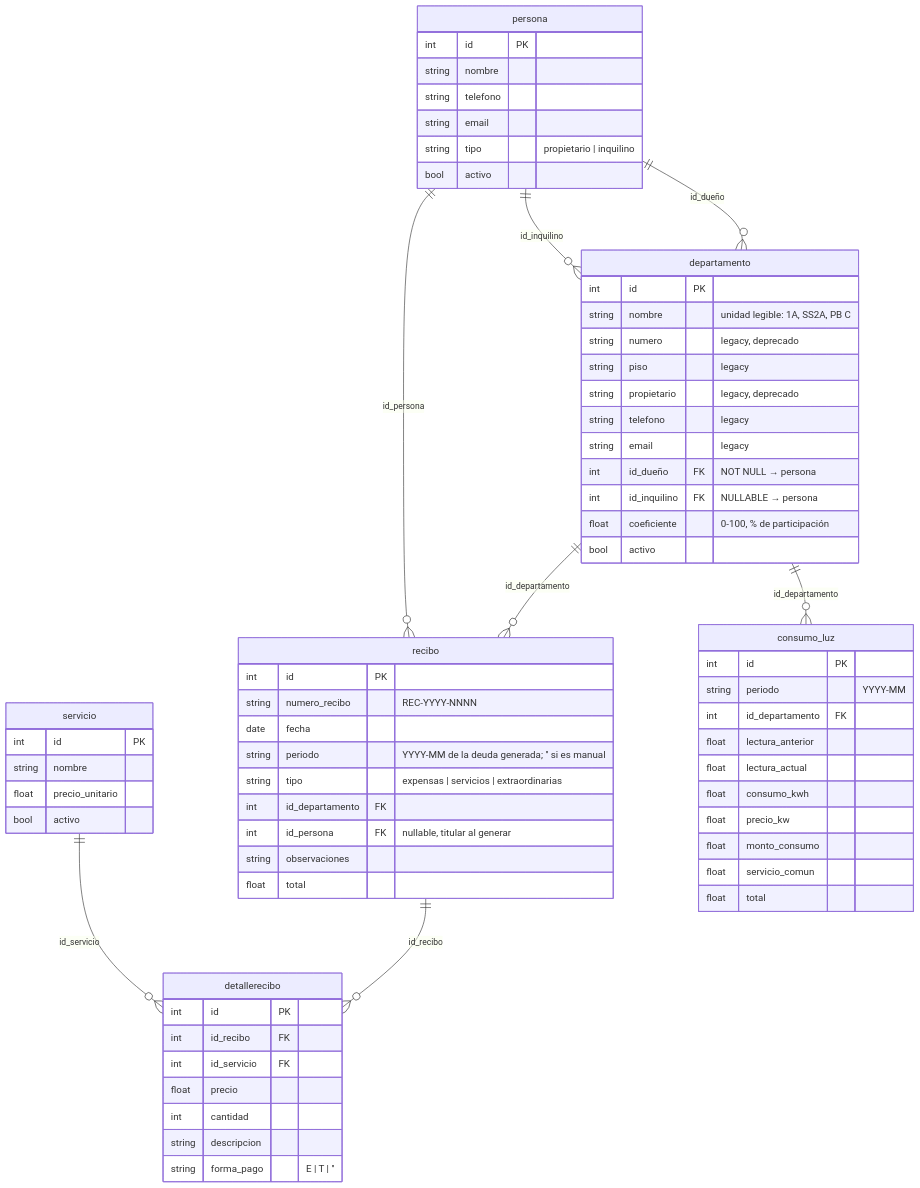
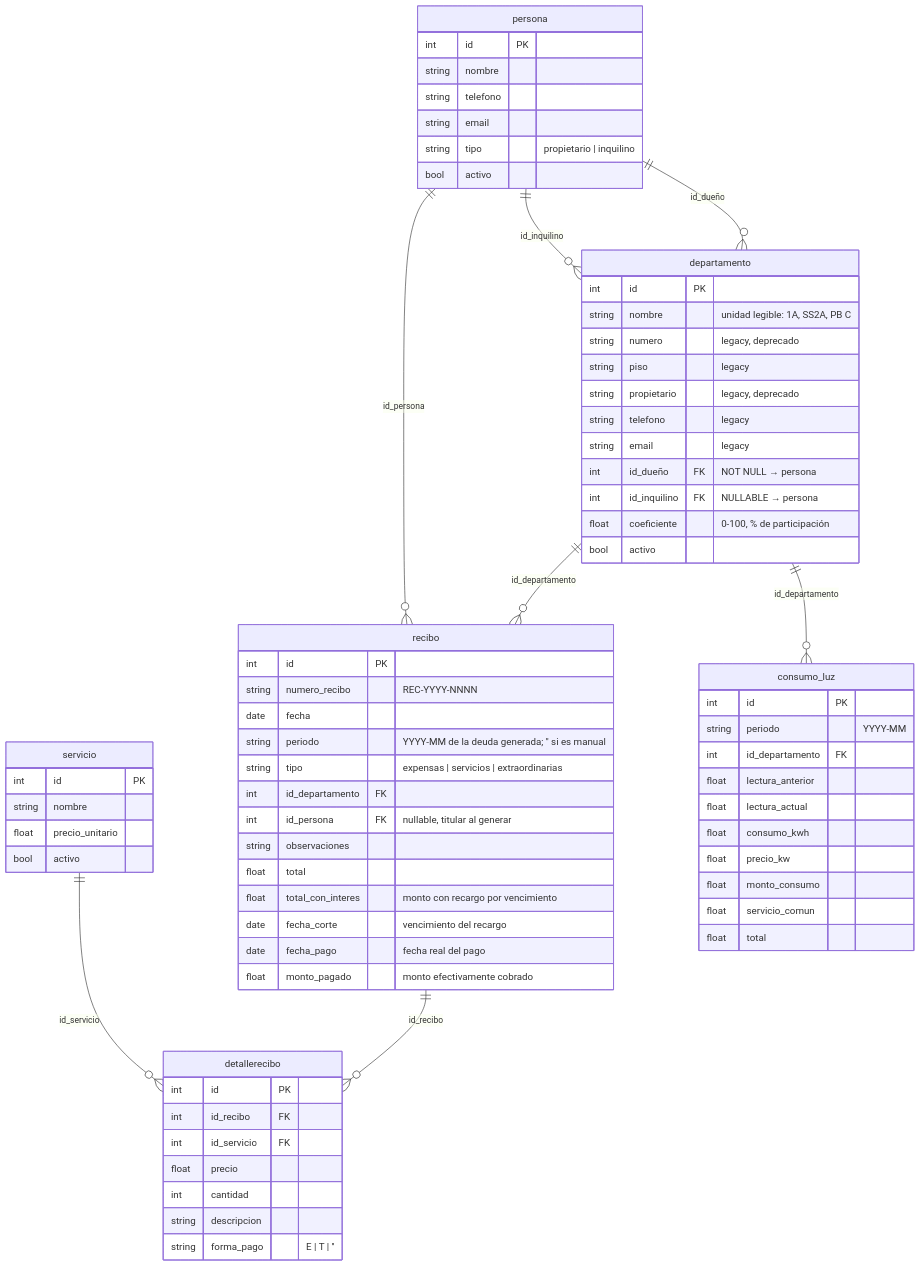
The diagram in docs/modelo-de-datos.md (dlazarte/recibosGo), drawn with Mermaid before and after one commit. The commit also changed 18 other files, not shown here.

Commit message:
feat: recargo por vencimiento, fecha de pago e historial de unidad

````diff
--- a/docs/modelo-de-datos.md
+++ b/docs/modelo-de-datos.md
@@ -5,70 +5,74 @@
 ```mermaid
 erDiagram
     persona ||--o{ departamento : "id_dueño"
     persona ||--o{ departamento : "id_inquilino"
     departamento ||--o{ recibo : "id_departamento"
     persona ||--o{ recibo : "id_persona"
     recibo ||--o{ detallerecibo : "id_recibo"
     servicio ||--o{ detallerecibo : "id_servicio"
     departamento ||--o{ consumo_luz : "id_departamento"
 
     departamento {
         int id PK
         string nombre "unidad legible: 1A, SS2A, PB C"
         string numero "legacy, deprecado"
         string piso "legacy"
         string propietario "legacy, deprecado"
         string telefono "legacy"
         string email "legacy"
         int id_dueño FK "NOT NULL → persona"
         int id_inquilino FK "NULLABLE → persona"
         float coeficiente "0-100, % de participación"
         bool activo
     }
     persona {
         int id PK
         string nombre
         string telefono
         string email
         string tipo "propietario | inquilino"
         bool activo
     }
     recibo {
         int id PK
         string numero_recibo "REC-YYYY-NNNN"
         date fecha
         string periodo "YYYY-MM de la deuda generada; '' si es manual"
         string tipo "expensas | servicios | extraordinarias"
         int id_departamento FK
         int id_persona FK "nullable, titular al generar"
         string observaciones
         float total
+        float total_con_interes "monto con recargo por vencimiento"
+        date fecha_corte "vencimiento del recargo"
+        date fecha_pago "fecha real del pago"
+        float monto_pagado "monto efectivamente cobrado"
     }
     servicio {
         int id PK
         string nombre
         float precio_unitario
         bool activo
     }
     detallerecibo {
         int id PK
         int id_recibo FK
         int id_servicio FK
         float precio
         int cantidad
         string descripcion
         string forma_pago "E | T | ''"
     }
     consumo_luz {
         int id PK
         string periodo "YYYY-MM"
         int id_departamento FK
         float lectura_anterior
         float lectura_actual
         float consumo_kwh
         float precio_kw
         float monto_consumo
         float servicio_comun
         float total
     }
 ```
````
